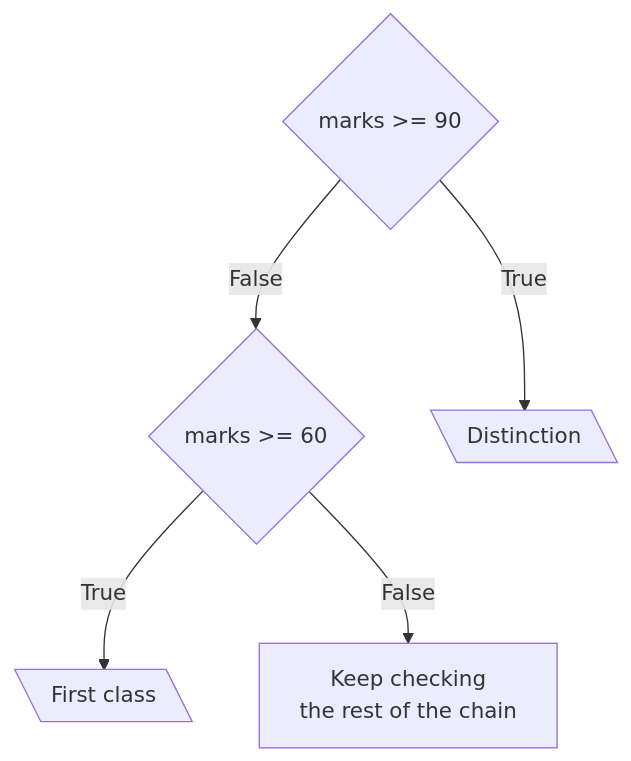
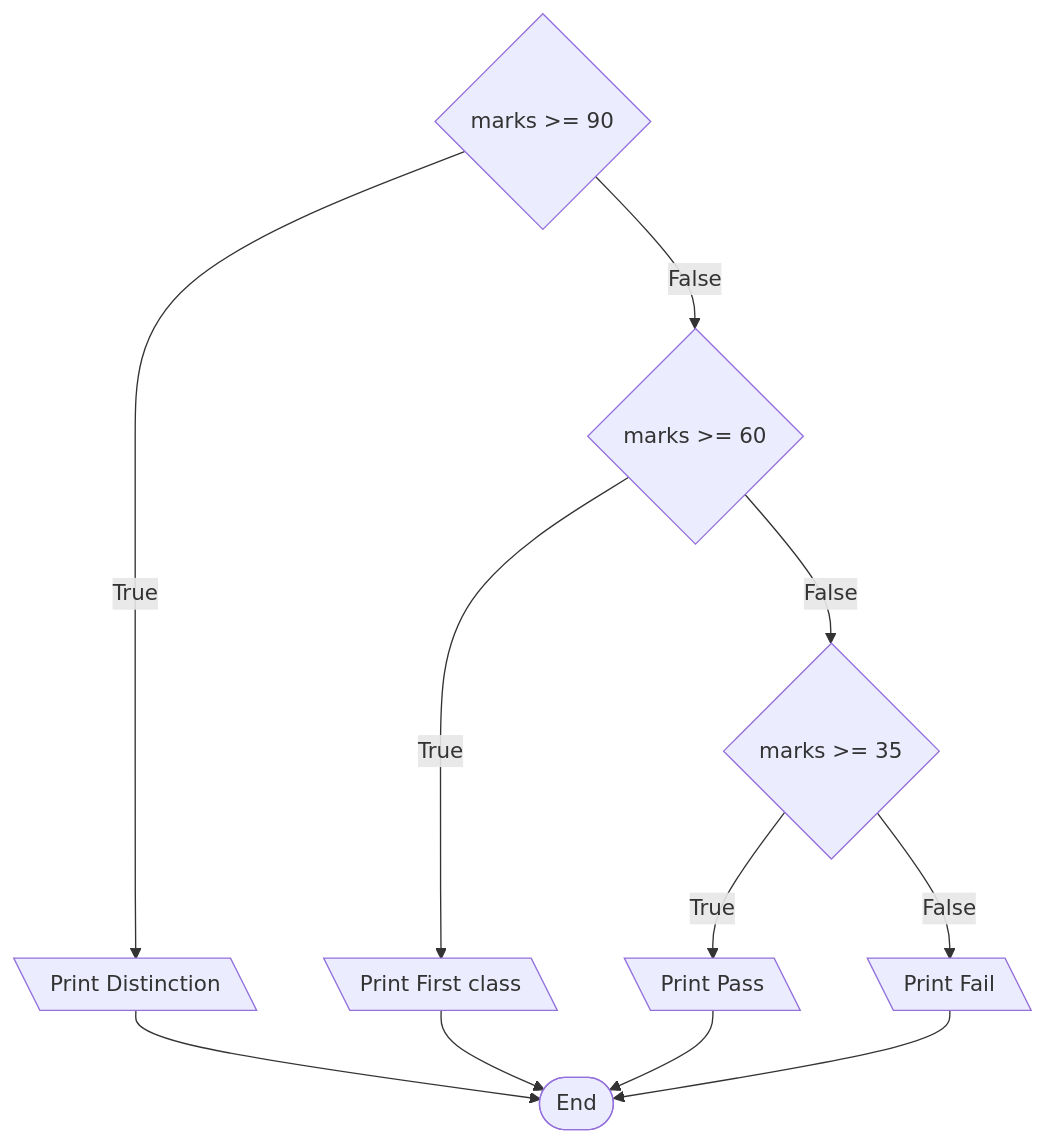
Before and after one commit to VishnuKumpati/KVCET_Year1_Content: the fourth of 4 diagrams in modules/m2-control-flow-and-functions/wk3-decisions-conditionals/1-conditional-statements.md, drawn with Mermaid. The commit also changed other lines of this file and 1 other file, not shown here.

````diff
--- a/modules/m2-control-flow-and-functions/wk3-decisions-conditionals/1-conditional-statements.md
+++ b/modules/m2-control-flow-and-functions/wk3-decisions-conditionals/1-conditional-statements.md
@@ -151,7 +166,13 @@
 ```mermaid
 flowchart TD
-    A{"marks >= 90"} -->|False| B{"marks >= 60"}
-    A -->|True| C[\"Distinction"\]
-    B -->|True| D[\"First class"\]
-    B -->|False| E["Keep checking<br>the rest of the chain"]
+    A{"marks >= 90"} -->|True| A1[\"Print Distinction"\]
+    A -->|False| B{"marks >= 60"}
+    B -->|True| B1[\"Print First class"\]
+    B -->|False| C{"marks >= 35"}
+    C -->|True| C1[\"Print Pass"\]
+    C -->|False| D1[\"Print Fail"\]
+    A1 --> E(["End"])
+    B1 --> E
+    C1 --> E
+    D1 --> E
 ```
````
